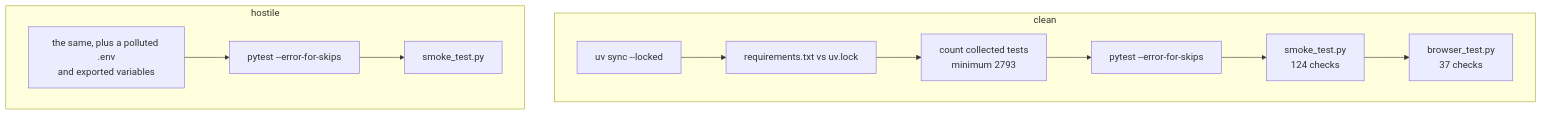
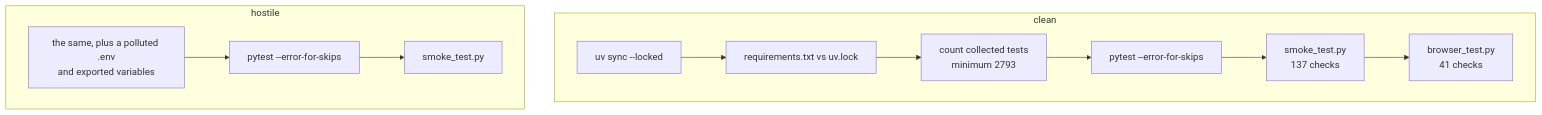
Before and after one commit to IAMN1/link-shortener: the diagram in docs/testing.md, drawn with Mermaid. The commit also changed other lines of this file and 6 other files, not shown here.

````diff
--- a/docs/testing.md
+++ b/docs/testing.md
@@ -399,12 +399,12 @@
 ```mermaid
 flowchart TD
     subgraph clean["clean"]
         C1[uv sync --locked] --> C2[requirements.txt vs uv.lock]
         C2 --> C3[count collected tests<br/>minimum 2793] --> C4[pytest --error-for-skips]
-        C4 --> C5[smoke_test.py<br/>124 checks] --> C6[browser_test.py<br/>37 checks]
+        C4 --> C5[smoke_test.py<br/>137 checks] --> C6[browser_test.py<br/>41 checks]
     end
     subgraph hostile["hostile"]
         H1[the same, plus a polluted .env<br/>and exported variables] --> H2[pytest --error-for-skips]
         H2 --> H3[smoke_test.py]
     end
 ```
````
